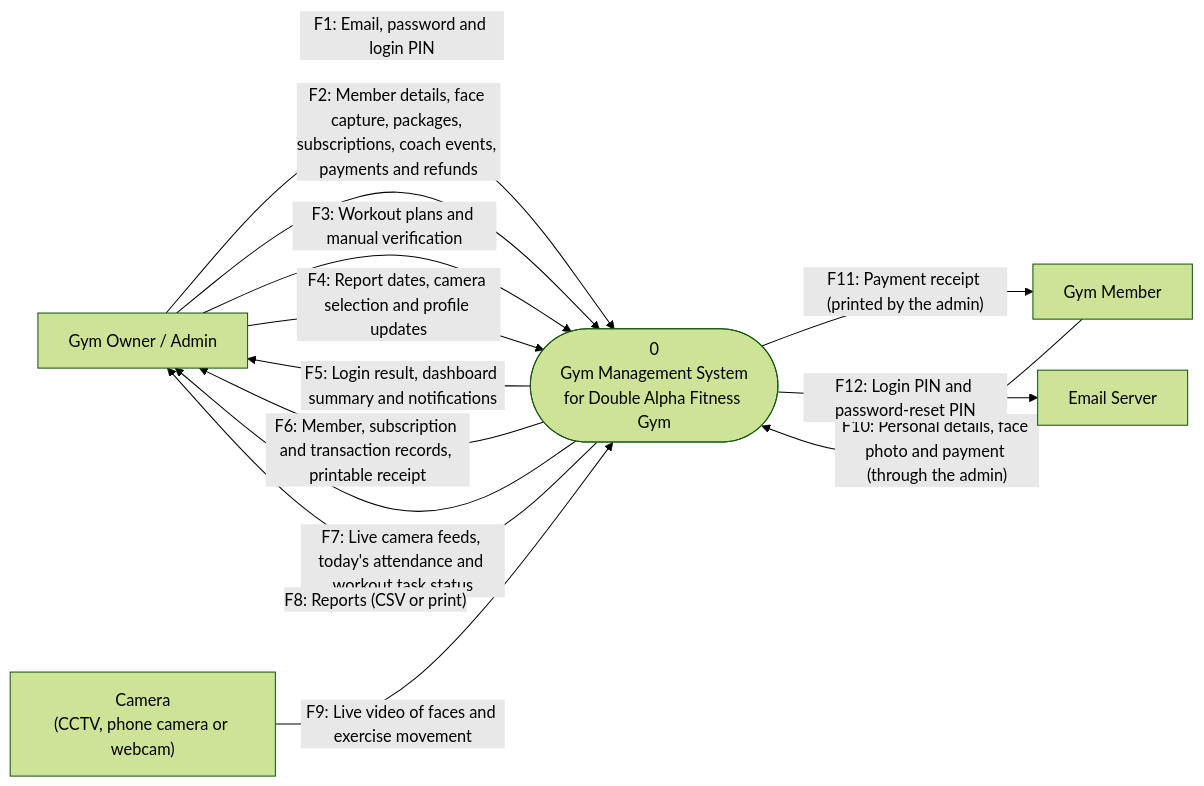
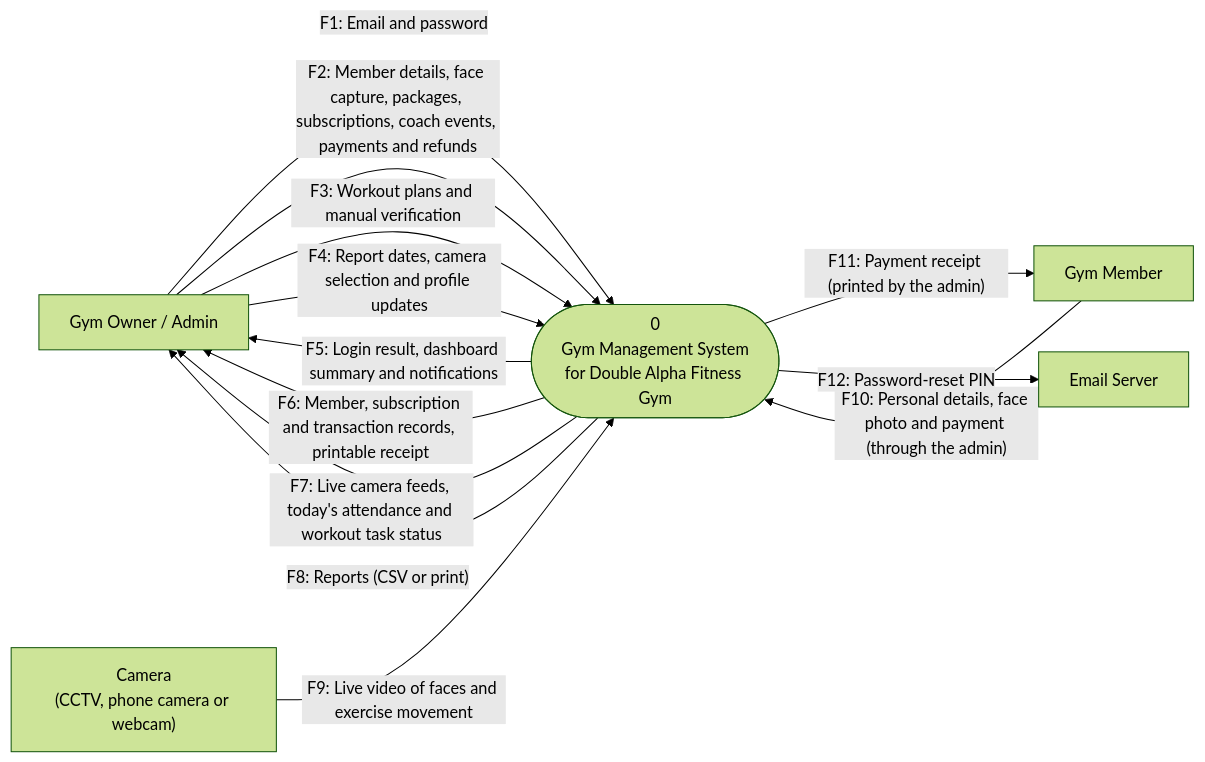
One commit to Plonteras191/GYM2-CAPSTONE changed the third of 9 diagrams in Updated Current Plan For Development/Chapter4_Diagrams (2).md. Above: the diagram before and after it, drawn with Mermaid (forest theme). The commit also changed other lines of this file and 2 other files, not shown here.

First line of the commit message:
docs: record the removal of the login verification step (item 25)

````diff
--- a/Updated Current Plan For Development/Chapter4_Diagrams (2).md
+++ b/Updated Current Plan For Development/Chapter4_Diagrams (2).md
@@ -140,23 +136,23 @@
 ```mermaid
 flowchart LR
     Admin["Gym Owner / Admin"]
     Camera["Camera<br/>(CCTV, phone camera or webcam)"]
     Member["Gym Member"]
     Mail["Email Server"]
     System(["0<br/>Gym Management System<br/>for Double Alpha Fitness Gym"])
 
-    Admin -->|"F1: Email, password and login PIN"| System
+    Admin -->|"F1: Email and password"| System
     Admin -->|"F2: Member details, face capture, packages, subscriptions, coach events, payments and refunds"| System
     Admin -->|"F3: Workout plans and manual verification"| System
     Admin -->|"F4: Report dates, camera selection and profile updates"| System
 
     System -->|"F5: Login result, dashboard summary and notifications"| Admin
     System -->|"F6: Member, subscription and transaction records, printable receipt"| Admin
     System -->|"F7: Live camera feeds, today's attendance and workout task status"| Admin
     System -->|"F8: Reports (CSV or print)"| Admin
 
     Camera -->|"F9: Live video of faces and exercise movement"| System
     Member -->|"F10: Personal details, face photo and payment (through the admin)"| System
     System -->|"F11: Payment receipt (printed by the admin)"| Member
-    System -->|"F12: Login PIN and password-reset PIN"| Mail
+    System -->|"F12: Password-reset PIN"| Mail
 ```
````
